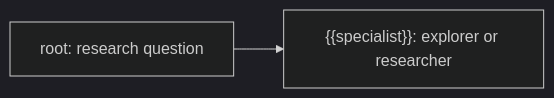
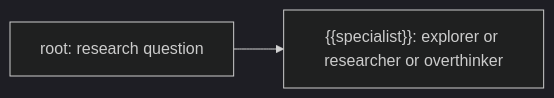
Before and after one commit to xtrm-dev/specialists: the ninth of 14 diagrams in docs/design/chain-templates.md, drawn with Mermaid (dark theme). The commit also changed other lines of this file and 5 other files, not shown here.

````diff
--- a/docs/design/chain-templates.md
+++ b/docs/design/chain-templates.md
@@ -174,4 +329,4 @@
 ```mermaid
 flowchart LR
-  root[root: research question] --> investigator["{{specialist}}: explorer or researcher"]
+  root[root: research question] --> investigator["{{specialist}}: explorer or researcher or overthinker"]
 ```
````
